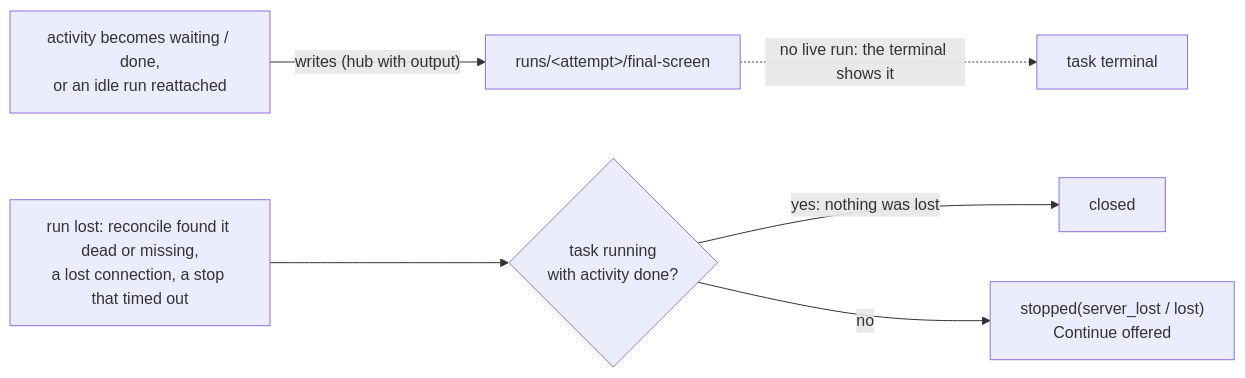
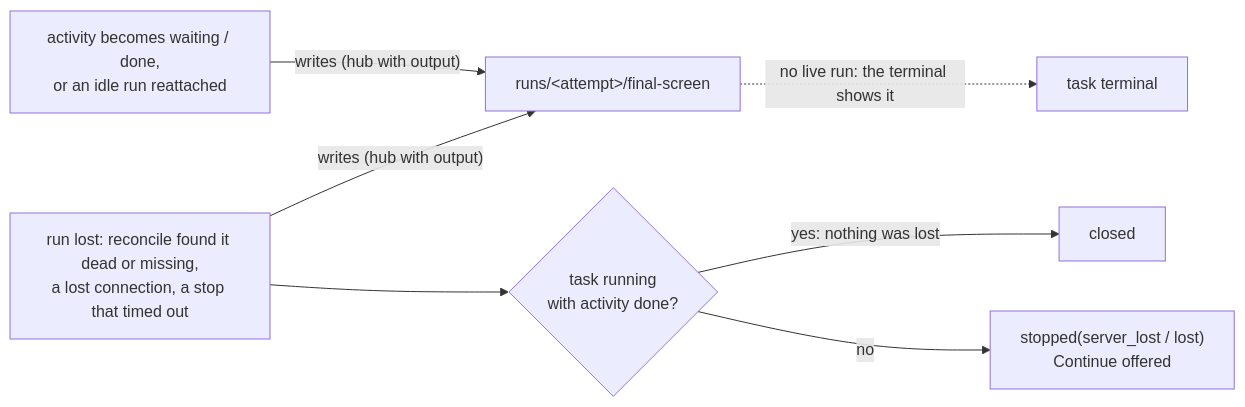
One commit to Quartio-Studio/yulius changed diagram 50 of 60 in docs/architecture.md. Above: the diagram before and after it, drawn with Mermaid. The commit also changed other lines of this file and 2 other files, not shown here.

First line of the commit message:
docs: a lost run saves the screen it was lost on (#686)

````diff
--- a/docs/architecture.md
+++ b/docs/architecture.md
@@ -1804,8 +1807,9 @@
 ```mermaid
 flowchart LR
     settled["activity becomes waiting / done,\nor an idle run reattached"] -->|"writes (hub with output)"| screen["runs/&lt;attempt&gt;/final-screen"]
     lost["run lost: reconcile found it dead or missing,\na lost connection, a stop that timed out"] --> which{"task running\nwith activity done?"}
     which -->|"yes: nothing was lost"| closed["closed"]
     which -->|"no"| stopped["stopped(server_lost / lost)\nContinue offered"]
+    lost -->|"writes (hub with output)"| screen
     screen -.->|"no live run: the terminal shows it"| view["task terminal"]
 ```
````
